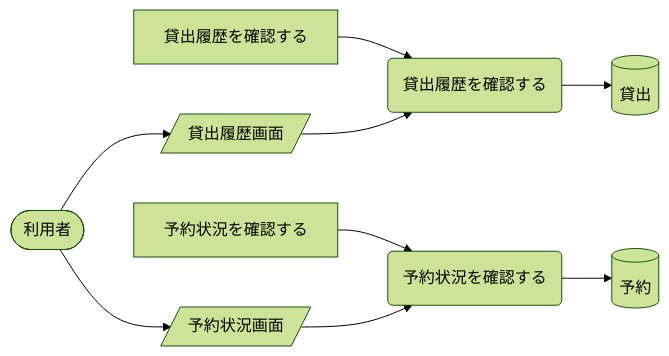
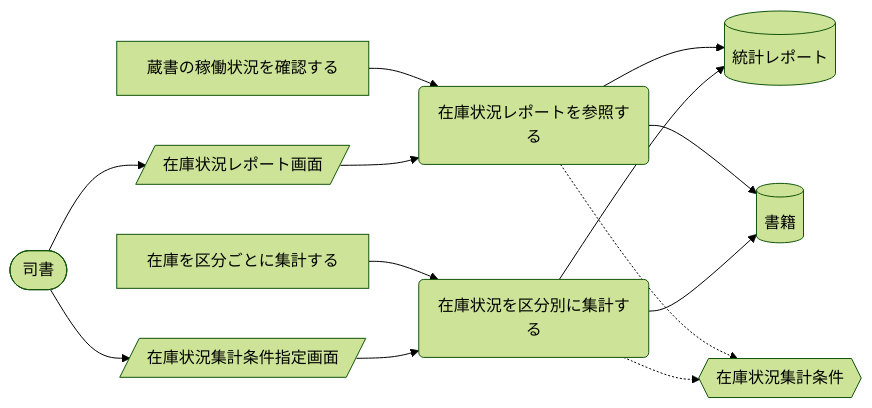
Diagram 12 of 13 in samples/distillery/pipeline/rdra/latest/views/04_UC複合図.md (suwa-sh/suwa-sh-claude-plugins), drawn with Mermaid (forest theme) before and after one commit. The commit also changed other lines of this file and 1723 other files, not shown here.

````diff
--- a/samples/distillery/pipeline/rdra/latest/views/04_UC複合図.md
+++ b/samples/distillery/pipeline/rdra/latest/views/04_UC複合図.md
@@ -236,20 +637,25 @@
 ```mermaid
 graph LR
-  UC1("貸出履歴を確認する")
-  AT1["貸出履歴を確認する"]
-  IF1[("貸出")]
-  SC1[/"貸出履歴画面"/]
-  AC1(["利用者"])
-  UC2("予約状況を確認する")
-  AT2["予約状況を確認する"]
-  IF2[("予約")]
-  SC2[/"予約状況画面"/]
+  UC1("在庫状況レポートを参照する")
+  AT1["蔵書の稼働状況を確認する"]
+  IF1[("統計レポート")]
+  IF2[("書籍")]
+  CD1{{"在庫状況集計条件"}}
+  SC1[/"在庫状況レポート画面"/]
+  AC1(["司書"])
+  UC2("在庫状況を区分別に集計する")
+  AT2["在庫を区分ごとに集計する"]
+  SC2[/"在庫状況集計条件指定画面"/]
   AT1 --> UC1
   UC1 --> IF1
+  UC1 --> IF2
+  UC1 -.-> CD1
   AC1 --> SC1
   SC1 --> UC1
   AT2 --> UC2
+  UC2 --> IF1
   UC2 --> IF2
+  UC2 -.-> CD1
   AC1 --> SC2
   SC2 --> UC2
 ```
````
